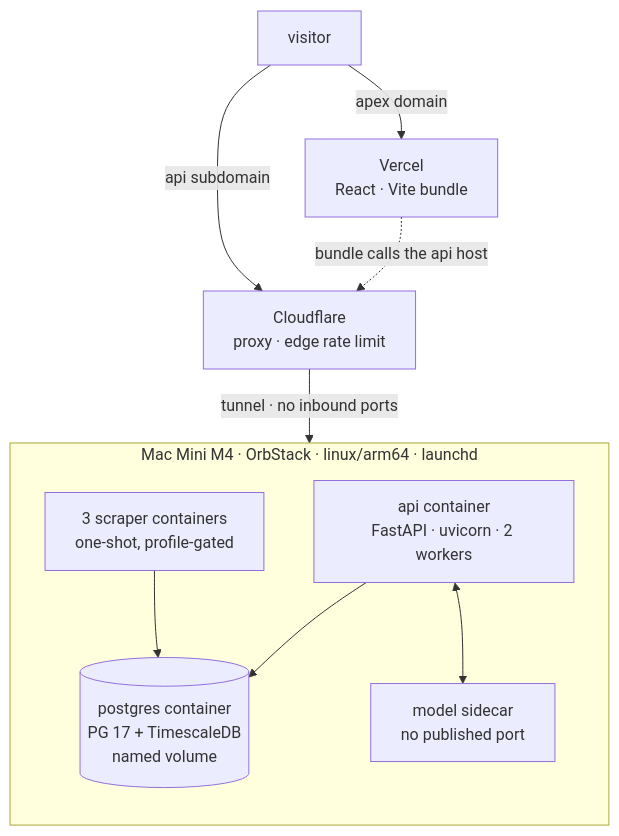
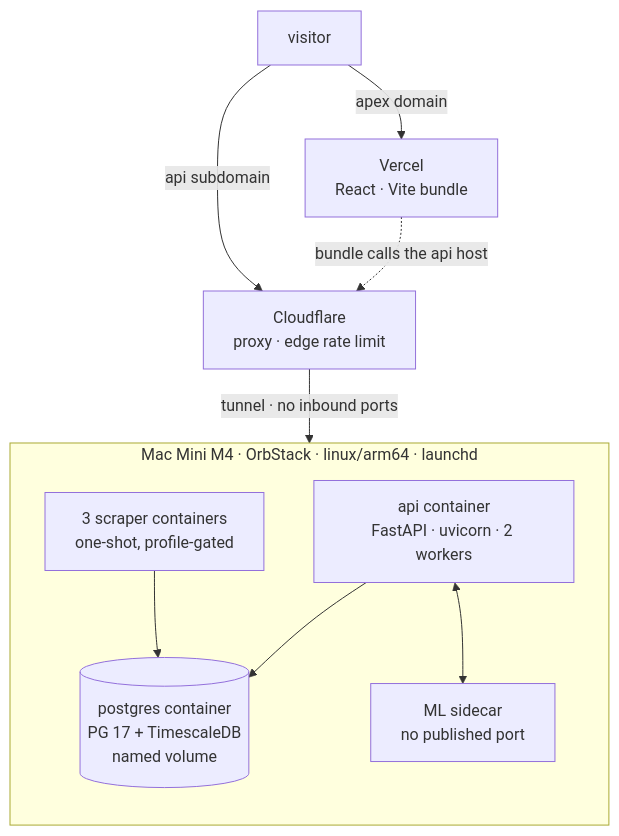
The first of 9 diagrams in README.md (klauslila/skaisearch-showcase), drawn with Mermaid before and after one commit. The commit also changed other lines of this file, not shown here.

First line of the commit message:
Name the AI model, and the architecture vocabulary the write-up was missing

````diff
--- a/README.md
+++ b/README.md
@@ -45,18 +47,18 @@
 ```mermaid
 flowchart TB
   V["visitor"]
   V -->|"apex domain"| VER["Vercel<br/>React · Vite bundle"]
   V -->|"api subdomain"| CFL["Cloudflare<br/>proxy · edge rate limit"]
   VER -.->|"bundle calls the api host"| CFL
   CFL -->|"tunnel · no inbound ports"| API
   subgraph MM["Mac Mini M4 · OrbStack · linux/arm64 · launchd"]
     direction TB
     API["api container<br/>FastAPI · uvicorn · 2 workers"]
     PGX[("postgres container<br/>PG 17 + TimescaleDB<br/>named volume")]
-    FPX["model sidecar<br/>no published port"]
+    FPX["ML sidecar<br/>no published port"]
     SCX["3 scraper containers<br/>one-shot, profile-gated"]
     API --> PGX
     API <--> FPX
     SCX --> PGX
   end
 ```
````
